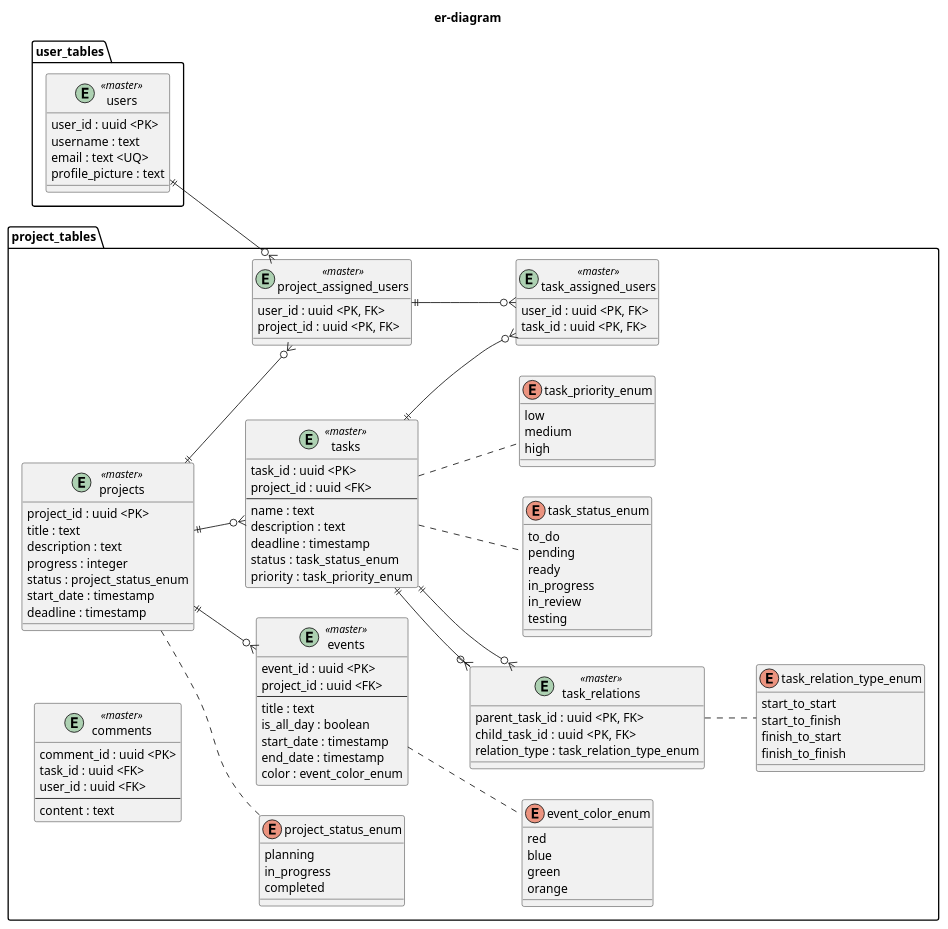
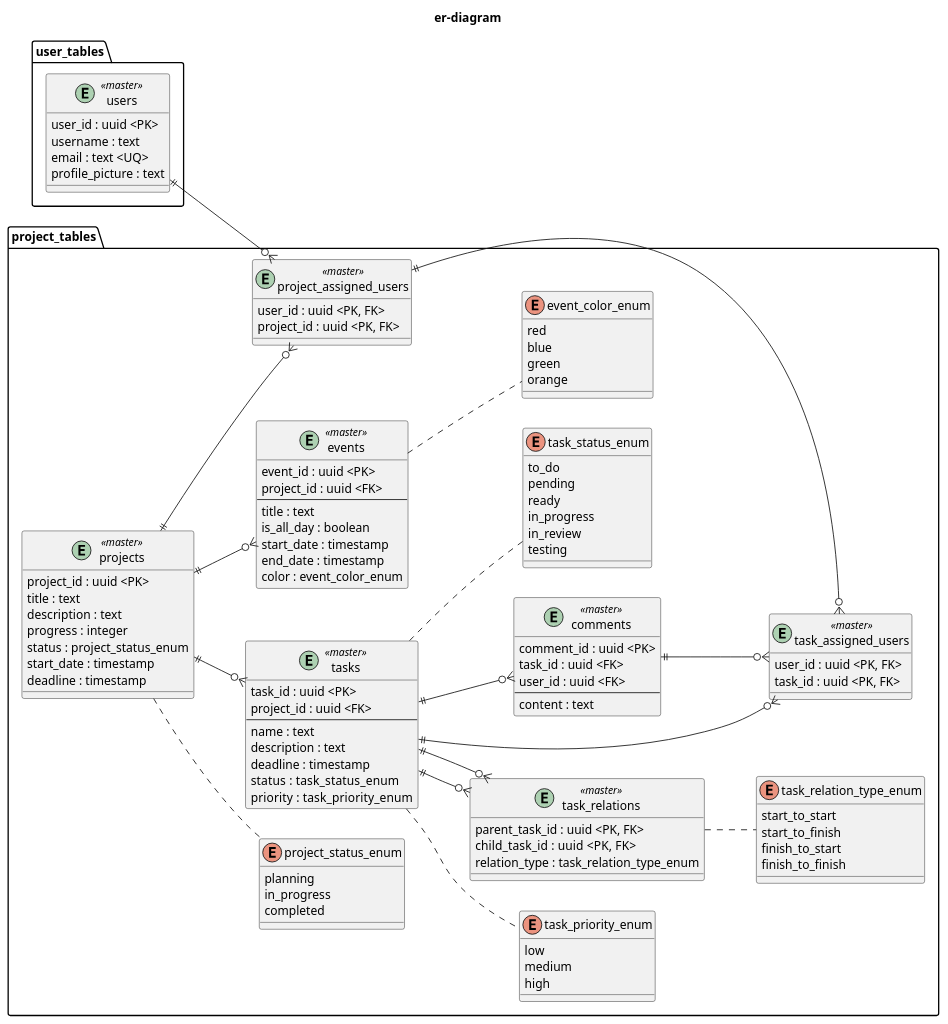
One commit to KaungSetLinn/FlowMatic changed the diagram in doc/backend/er-diagram/er-diagram.pu. Above: the diagram before and after it, drawn with PlantUML.

Commit message:
fix:記入漏れ

```diff
--- a/doc/backend/er-diagram/er-diagram.pu
+++ b/doc/backend/er-diagram/er-diagram.pu
@@ -1,113 +1,115 @@
 @startuml er-diagram
 
 left to right direction
 
 title er-diagram
 
 package user_tables {
     entity users <<master>>{
     user_id : uuid <PK>
     username : text
     email : text <UQ>
     profile_picture : text
     }
 }
 
 package project_tables {
     entity projects <<master>>{
         project_id : uuid <PK>
         title : text
         description : text
         progress : integer
         status : project_status_enum
         start_date : timestamp
         deadline : timestamp
     }
     enum project_status_enum {
         planning
         in_progress
         completed
     }
     entity project_assigned_users <<master>>{
         user_id : uuid <PK, FK>
         project_id : uuid <PK, FK>
     }
     entity tasks <<master>>{
         task_id : uuid <PK>
         project_id : uuid <FK>
         ---
         name : text
         description : text
         deadline : timestamp
         status :  task_status_enum
         priority :  task_priority_enum
     }
     enum  task_status_enum {
         to_do
         pending
         ready
         in_progress
         in_review
         testing
     }
     enum  task_priority_enum {
         low
         medium
         high
     }
     entity task_assigned_users <<master>>{
         user_id : uuid <PK, FK>
         task_id : uuid <PK, FK>
     }
     entity task_relations <<master>>{
         parent_task_id : uuid <PK, FK>
         child_task_id  : uuid <PK, FK>
         relation_type : task_relation_type_enum
     }
     enum task_relation_type_enum {
         start_to_start
         start_to_finish
         finish_to_start
         finish_to_finish
     }
     entity comments <<master>>{
         comment_id : uuid <PK>
         task_id : uuid <FK>
         user_id : uuid <FK>
         ---
         content : text
     }
     entity events <<master>>{
         event_id : uuid <PK>
         project_id : uuid <FK>
         ---
         title : text
         is_all_day : boolean
         start_date : timestamp
         end_date : timestamp
         color : event_color_enum
     }
     enum event_color_enum {
         red
         blue
         green
         orange
     }
 
     projects ||--o{ project_assigned_users
     project_assigned_users ||--o{ task_assigned_users
     projects ||--o{ tasks
     tasks ||--o{ task_relations
     tasks ||--o{ task_relations
     task_relations .. task_relation_type_enum
     tasks ..  task_priority_enum
     tasks ..  task_status_enum
     tasks ||--o{ task_assigned_users
+tasks ||--o{ comments
+    comments ||--o{ task_assigned_users
     projects .. project_status_enum
     projects ||--o{ events
     events .. event_color_enum
 }
 
 users ||--o{ project_assigned_users
 
 @enduml
```
